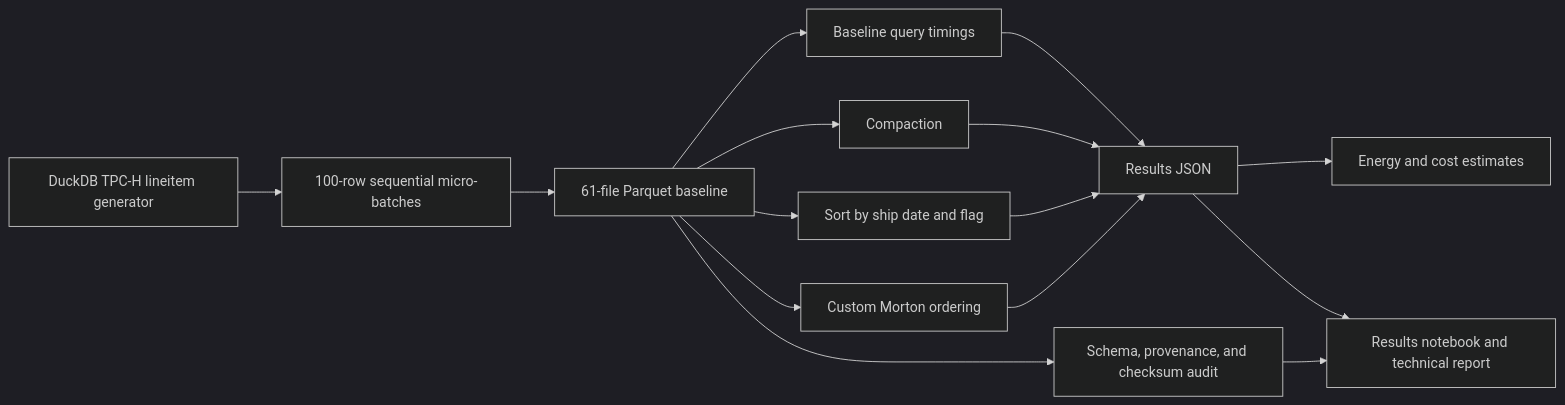
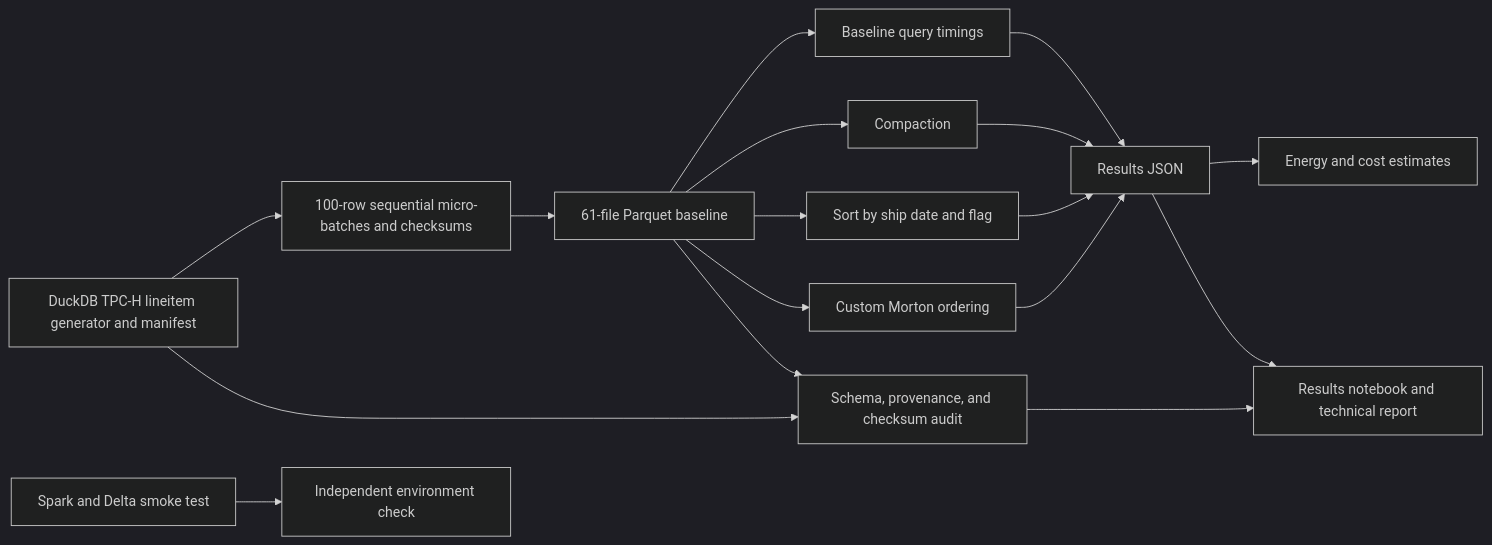
Before and after one commit to Akash-338/BDSRE-Mini-Project: the diagram in README.md, drawn with Mermaid (dark theme). The commit also changed other lines of this file and 8 other files, not shown here.

Commit message:
Update documentation for current experiment architecture

````diff
--- a/README.md
+++ b/README.md
@@ -9,17 +9,19 @@
 ```mermaid
 flowchart LR
-    A[DuckDB TPC-H lineitem generator] --> B[100-row sequential micro-batches]
+    A[DuckDB TPC-H lineitem generator and manifest] --> B[100-row sequential micro-batches and checksums]
     B --> C[61-file Parquet baseline]
     C --> D[Baseline query timings]
     C --> E[Compaction]
     C --> F[Sort by ship date and flag]
     C --> G[Custom Morton ordering]
     D --> H[Results JSON]
     E --> H
     F --> H
     G --> H
     H --> I[Energy and cost estimates]
-    C --> J[Schema, provenance, and checksum audit]
+    A --> J[Schema, provenance, and checksum audit]
+    C --> J
     H --> K[Results notebook and technical report]
     J --> K
+    L[Spark and Delta smoke test] --> M[Independent environment check]
 ```
````
